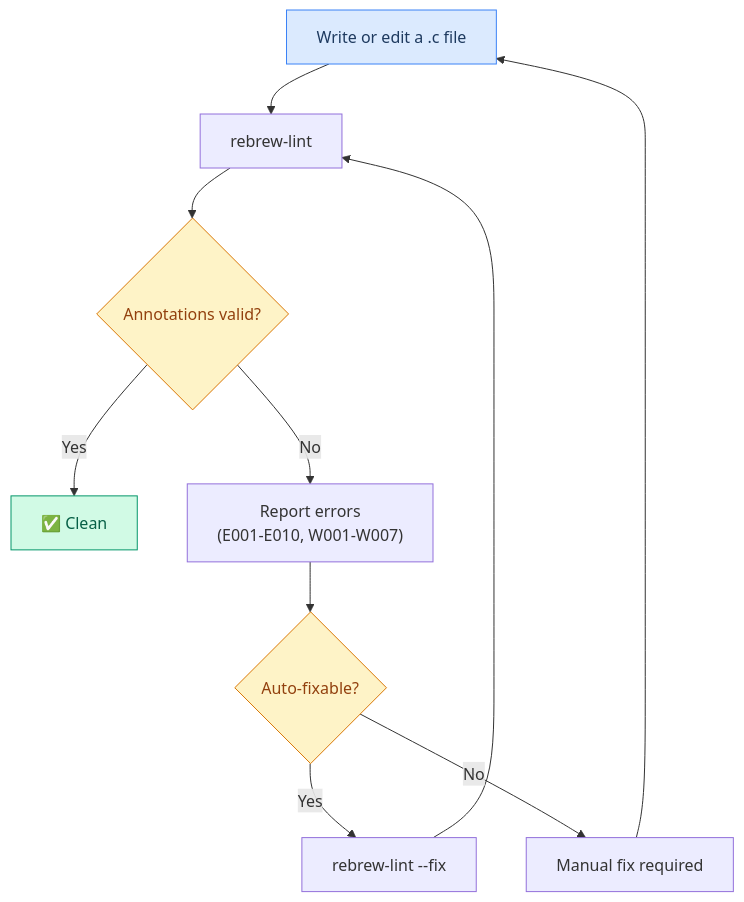
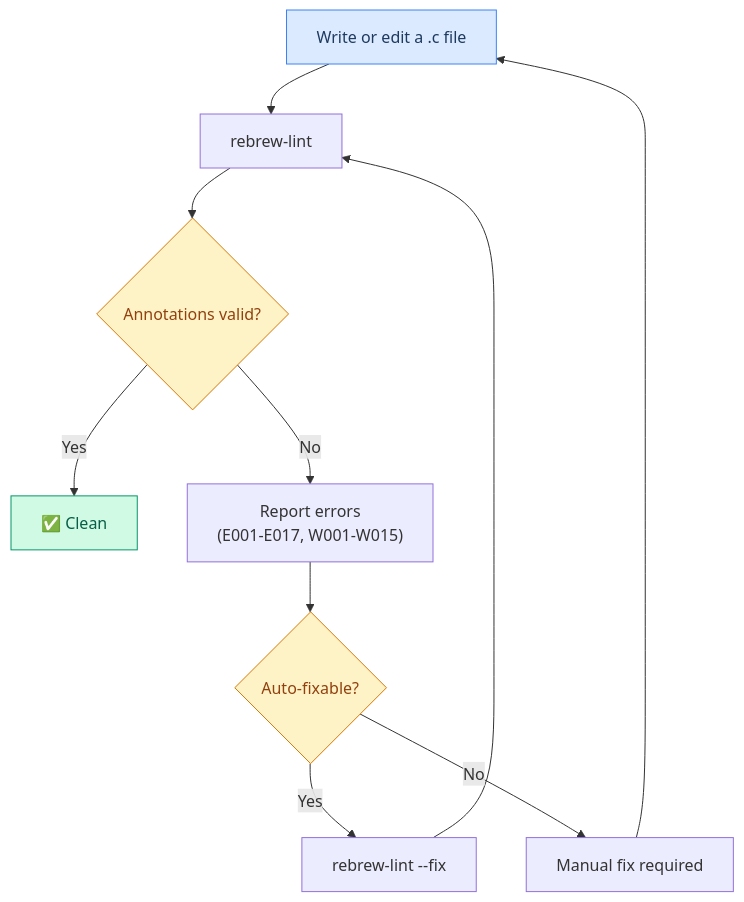
Diagram 12 of 16 in docs/USER_STORIES.md (maci0/rebrew), drawn with Mermaid before and after one commit. The commit also changed other lines of this file and 98 other files, not shown here.

````diff
--- a/docs/USER_STORIES.md
+++ b/docs/USER_STORIES.md
@@ -385,17 +386,17 @@
 ```mermaid
 graph TD
     A["Write or edit a .c file"] --> B["rebrew-lint"]
     B --> C{"Annotations valid?"}
     C -->|Yes| D["✅ Clean"]
-    C -->|No| E["Report errors<br/>(E001-E010, W001-W007)"]
+    C -->|No| E["Report errors<br/>(E001-E017, W001-W015)"]
     E --> F{"Auto-fixable?"}
     F -->|Yes| G["rebrew-lint --fix"]
     G --> B
     F -->|No| H["Manual fix required"]
     H --> A
 
     style A fill:#dbeafe,stroke:#3b82f6,color:#1e3a5f
     style D fill:#d1fae5,stroke:#059669,color:#065f46
     style C fill:#fef3c7,stroke:#d97706,color:#92400e
     style F fill:#fef3c7,stroke:#d97706,color:#92400e
 ```
````
